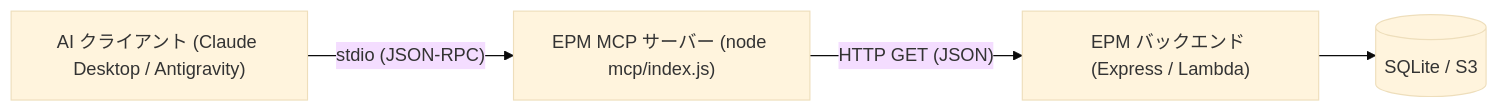
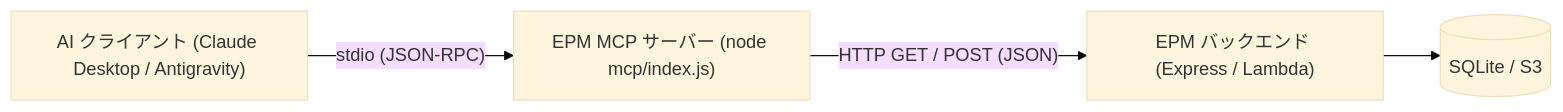
Before and after one commit to kuninet/electronic-parts-manager: the diagram in docs/MCP.md, drawn with Mermaid (base theme). The commit also changed other lines of this file and 34 other files, not shown here.

````diff
--- a/docs/MCP.md
+++ b/docs/MCP.md
@@ -13,6 +13,6 @@
 ```mermaid
 flowchart LR
     AI["AI クライアント (Claude Desktop / Antigravity)"] -- "stdio (JSON-RPC)" --> MCP["EPM MCP サーバー (node mcp/index.js)"]
-    MCP -- "HTTP GET (JSON)" --> API["EPM バックエンド (Express / Lambda)"]
+    MCP -- "HTTP GET / POST (JSON)" --> API["EPM バックエンド (Express / Lambda)"]
     API --> DB[(SQLite / S3)]
 ```
````
